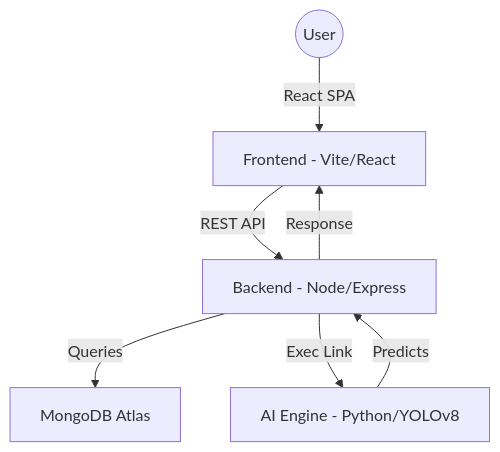
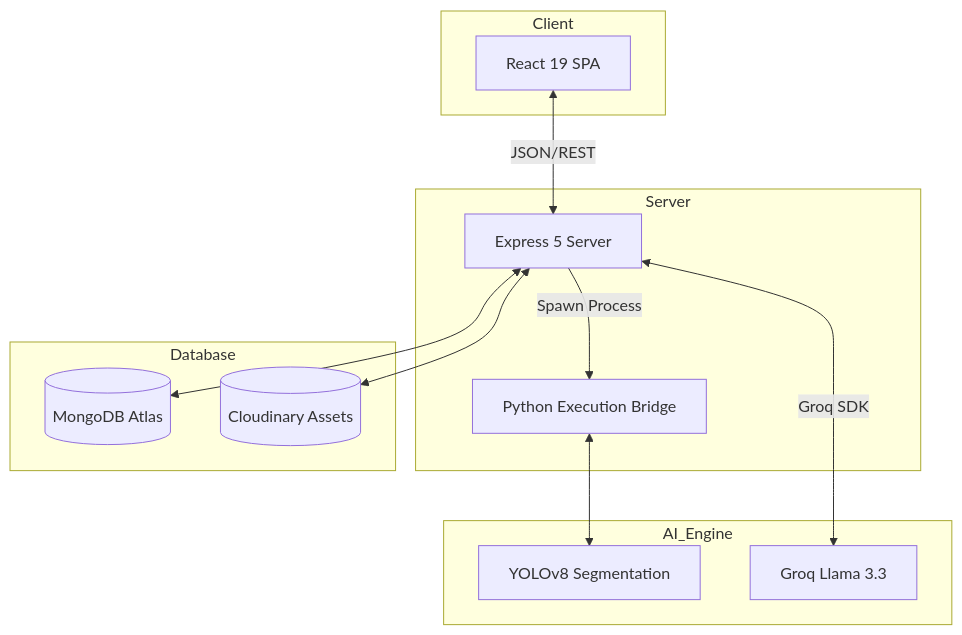
One commit to bhagalpurmithun29-sys/Project_DR changed the diagram in README.md. Above: the diagram before and after it, drawn with Mermaid. The commit also changed other lines of this file and 23 other files, not shown here.

````diff
--- a/README.md
+++ b/README.md
@@ -45,9 +47,28 @@
 ```mermaid
 graph TD
-    User((User)) -->|React SPA| Frontend[Frontend - Vite/React]
-    Frontend -->|REST API| Backend[Backend - Node/Express]
-    Backend -->|Queries| DB[MongoDB Atlas]
-    Backend -->|Exec Link| AI[AI Engine - Python/YOLOv8]
-    AI -->|Predicts| Backend
-    Backend -->|Response| Frontend
+    subgraph Client
+        UI[React 19 SPA]
+    end
+
+    subgraph Server
+        API[Express 5 Server]
+        Bridge[Python Execution Bridge]
+    end
+
+    subgraph Database
+        DB[(MongoDB Atlas)]
+        CDN[(Cloudinary Assets)]
+    end
+
+    subgraph AI_Engine
+        Vision[YOLOv8 Segmentation]
+        LLM[Groq Llama 3.3]
+    end
+
+    UI <-->|JSON/REST| API
+    API <--> DB
+    API <--> CDN
+    API -->|Spawn Process| Bridge
+    Bridge <--> Vision
+    API <-->|Groq SDK| LLM
 ```
````
